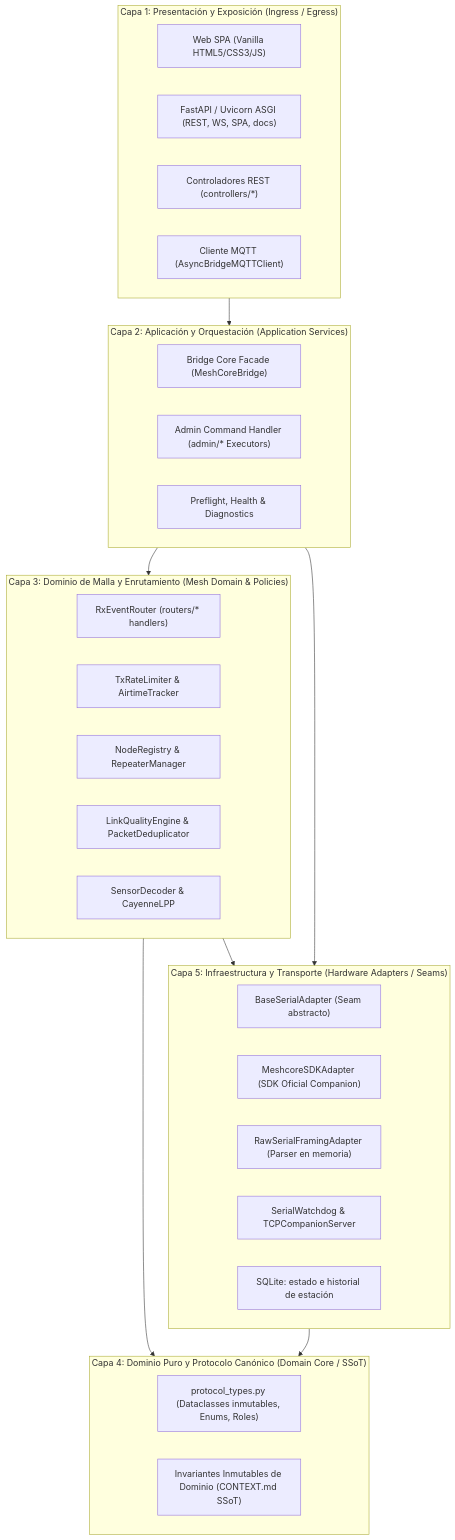
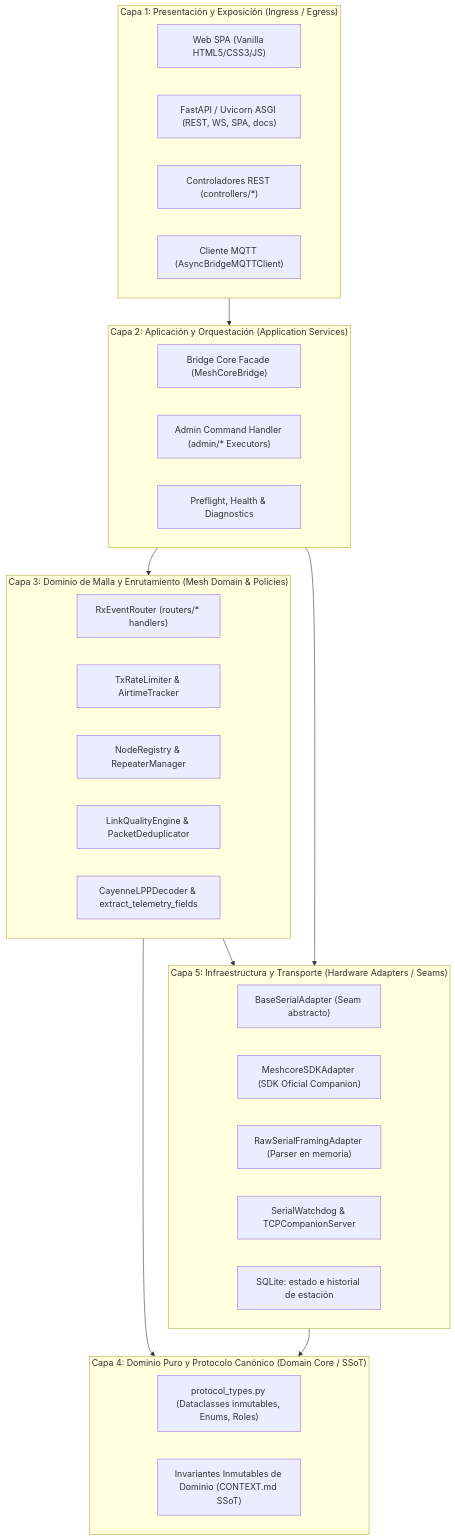
Before and after one commit to cyber89/meshcore-bridge-client: the first of 7 diagrams in docs/ARCHITECTURE.md, drawn with Mermaid. The commit also changed other lines of this file and 39 other files, not shown here.

````diff
--- a/docs/ARCHITECTURE.md
+++ b/docs/ARCHITECTURE.md
@@ -171,48 +172,48 @@
 ```mermaid
 flowchart TB
     subgraph L1 ["Capa 1: Presentación y Exposición (Ingress / Egress)"]
         direction LR
         UI["Web SPA (Vanilla HTML5/CSS3/JS)"]
         HTTP["FastAPI / Uvicorn ASGI (REST, WS, SPA, docs)"]
         Controllers["Controladores REST (controllers/*)"]
         MQTT_Ext["Cliente MQTT (AsyncBridgeMQTTClient)"]
     end
 
     subgraph L2 ["Capa 2: Aplicación y Orquestación (Application Services)"]
         direction LR
         Facade["Bridge Core Facade (MeshCoreBridge)"]
         AdminHandler["Admin Command Handler (admin/* Executors)"]
         Lifecycle["Preflight, Health & Diagnostics"]
     end
 
     subgraph L3 ["Capa 3: Dominio de Malla y Enrutamiento (Mesh Domain & Policies)"]
         direction LR
         Router["RxEventRouter (routers/* handlers)"]
         RateLimiter["TxRateLimiter & AirtimeTracker"]
         Managers["NodeRegistry & RepeaterManager"]
         Engines["LinkQualityEngine & PacketDeduplicator"]
-        Decoders["SensorDecoder & CayenneLPP"]
+        Decoders["CayenneLPPDecoder & extract_telemetry_fields"]
     end
 
     subgraph L4 ["Capa 4: Dominio Puro y Protocolo Canónico (Domain Core / SSoT)"]
         direction LR
         ProtTypes["protocol_types.py (Dataclasses inmutables, Enums, Roles)"]
         Invariants["Invariantes Inmutables de Dominio (CONTEXT.md SSoT)"]
     end
 
     subgraph L5 ["Capa 5: Infraestructura y Transporte (Hardware Adapters / Seams)"]
         direction LR
         BaseAdapter["BaseSerialAdapter (Seam abstracto)"]
         SDKAdapter["MeshcoreSDKAdapter (SDK Oficial Companion)"]
         RawAdapter["RawSerialFramingAdapter (Parser en memoria)"]
         Drivers["SerialWatchdog & TCPCompanionServer"]
         Storage["SQLite: estado e historial de estación"]
     end
 
     L1 --> L2
     L2 --> L3
     L3 --> L4
     L2 --> L5
     L3 --> L5
     L5 --> L4
 ```
````
